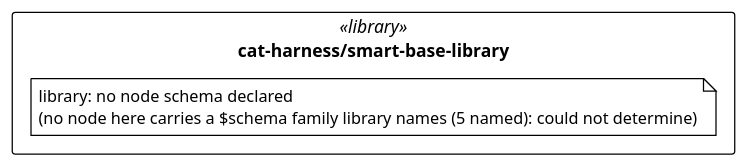
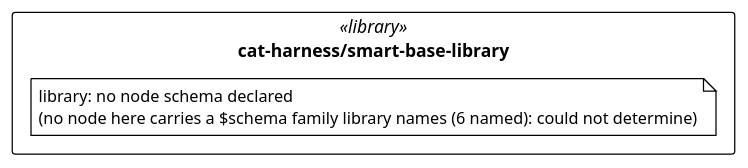
Before and after one commit to litlfred/folio-assistant: the diagram in cat-harness/uml/overview/cat-harness/smart-base-library.puml, drawn with PlantUML. The commit also changed 47 other files, not shown here.

```diff
--- a/cat-harness/uml/overview/cat-harness/smart-base-library.puml
+++ b/cat-harness/uml/overview/cat-harness/smart-base-library.puml
@@ -3,13 +3,13 @@
 @startuml cat_harness_smart_base_library
 !pragma layout elk
 !theme plain
 skinparam classAttributeIconSize 0
 skinparam shadowing false
 skinparam packageStyle rectangle
 hide empty methods
 
 package "cat-harness/smart-base-library" as pkg_cat_harness_smart_base_library <<library>> {
-  note "library: no node schema declared\n(no node here carries a $schema family library names (5 named): could not determine)" as n_cat_harness_smart_base_library_library
+  note "library: no node schema declared\n(no node here carries a $schema family library names (6 named): could not determine)" as n_cat_harness_smart_base_library_library
 }
 
 @enduml
```
